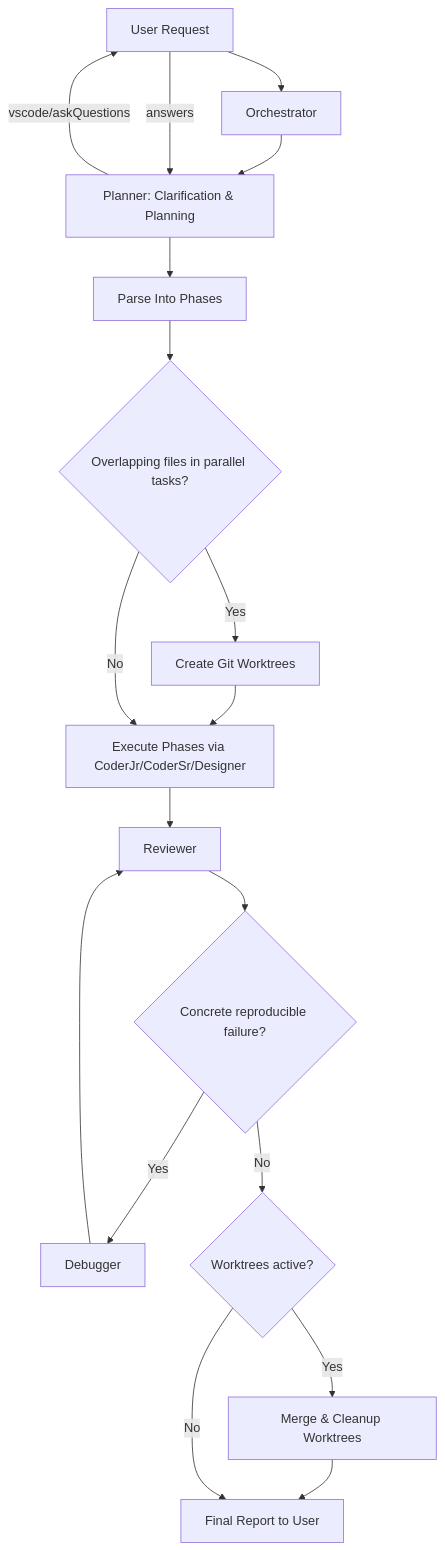
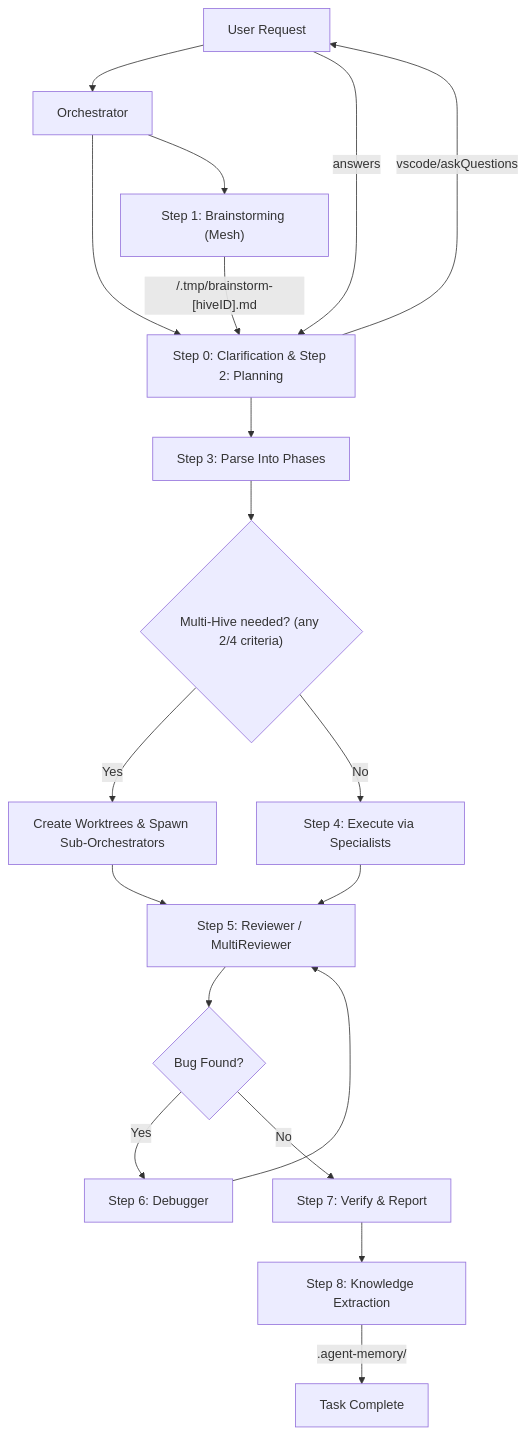
Before and after one commit to franklinnevesfilho/booking-solutions: the second of 2 diagrams in README.md, drawn with Mermaid. The commit also changed other lines of this file and 41 other files, not shown here.

Commit message:
New agents stucture. Hive-Mind Intelligence. Shared Project Memory. Brainstorming Mesh.

````diff
--- a/README.md
+++ b/README.md
@@ -112,20 +148,21 @@
 ```mermaid
 flowchart TD
     U["User Request"] --> O["Orchestrator"]
-    O --> P0["Planner: Clarification & Planning"]
+    O --> P0["Step 0: Clarification & Step 2: Planning"]
     P0 -->|"vscode/askQuestions"| U
     U -->|"answers"| P0
-    P0 --> PH["Parse Into Phases"]
-    PH --> WT{"Overlapping files in parallel tasks?"}
-    WT -- "Yes" --> WTC["Create Git Worktrees"]
-    WTC --> EX["Execute Phases via CoderJr/CoderSr/Designer"]
-    WT -- "No" --> EX
-    EX --> RV["Reviewer"]
-    RV --> F{"Concrete reproducible failure?"}
-    F -- "Yes" --> DB["Debugger"]
+    O --> B["Step 1: Brainstorming (Mesh)"]
+    B -->|"/.tmp/brainstorm-[hiveID].md"| P0
+    P0 --> PH["Step 3: Parse Into Phases"]
+    PH --> WT{"Multi-Hive needed? (any 2/4 criteria)"}
+    WT -- "Yes" --> SUB["Create Worktrees & Spawn Sub-Orchestrators"]
+    SUB --> RV
+    WT -- "No" --> EX["Step 4: Execute via Specialists"]
+    EX --> RV["Step 5: Reviewer / MultiReviewer"]
+    RV --> F{"Bug Found?"}
+    F -- "Yes" --> DB["Step 6: Debugger"]
     DB --> RV
-    F -- "No" --> WTM{"Worktrees active?"}
-    WTM -- "Yes" --> MRG["Merge & Cleanup Worktrees"]
-    MRG --> DONE["Final Report to User"]
-    WTM -- "No" --> DONE
+    F -- "No" --> DONE["Step 7: Verify & Report"]
+    DONE --> MEM["Step 8: Knowledge Extraction"]
+    MEM -->|".agent-memory/"| END["Task Complete"]
 ```
````
